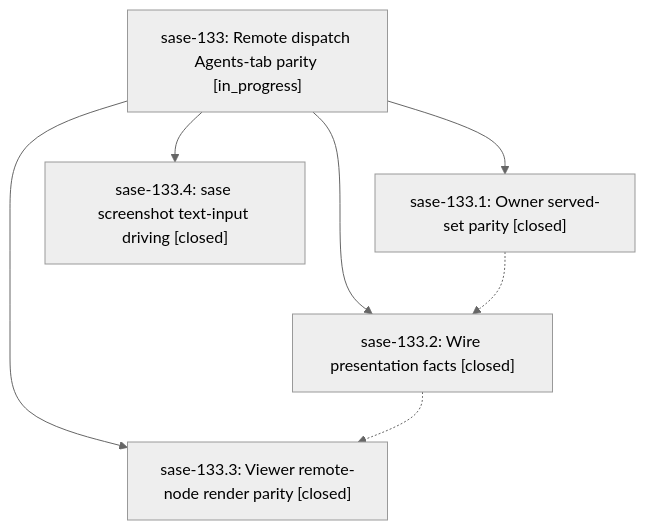
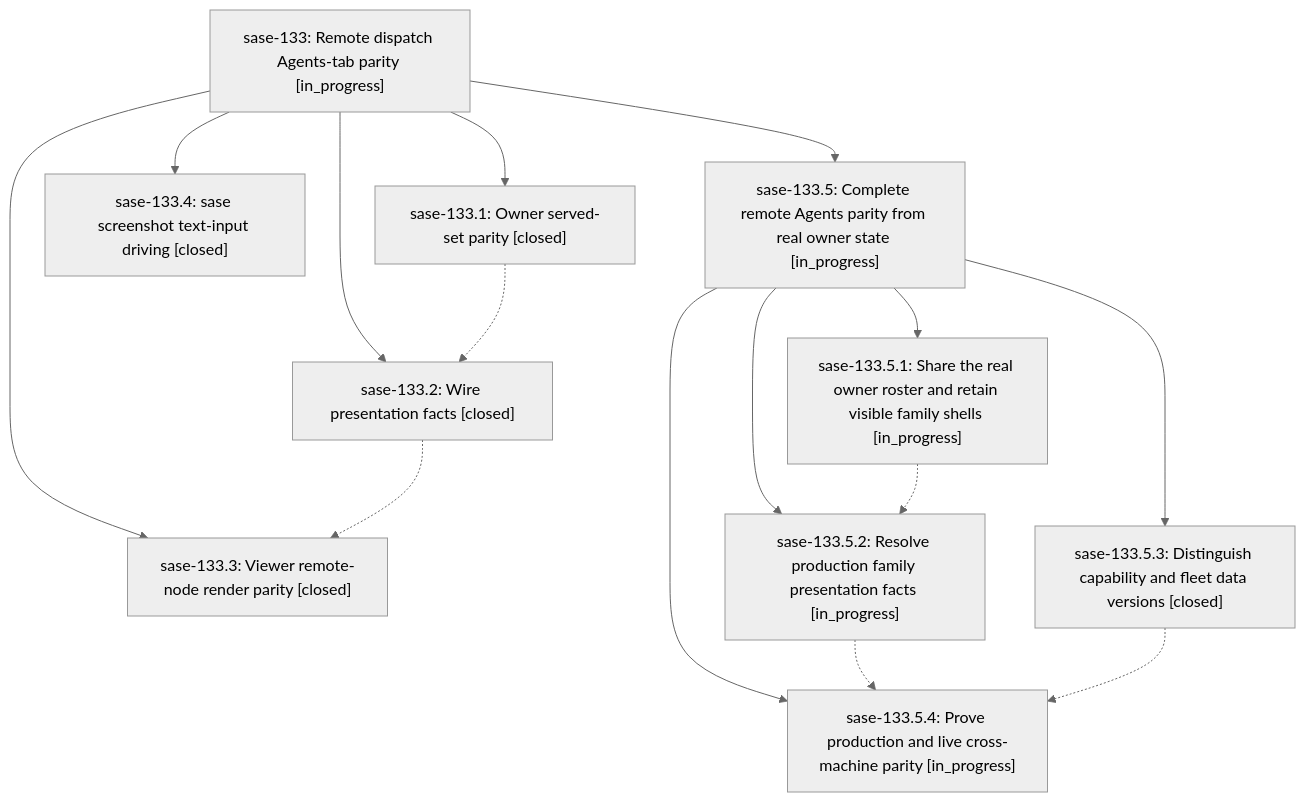
One commit to sase-org/sase--beads changed the diagram in pages/sase-133/README.md. Above: the diagram before and after it, drawn with Mermaid (neutral theme). The commit also changed other lines of this file and 5 other files, not shown here.

````diff
--- a/pages/sase-133/README.md
+++ b/pages/sase-133/README.md
@@ -37,14 +61,27 @@
 ```mermaid
 flowchart TD
     n0["sase-133: Remote dispatch Agents-tab parity [in_progress]"]
     n1["sase-133.1: Owner served-set parity [closed]"]
     n2["sase-133.2: Wire presentation facts [closed]"]
     n3["sase-133.3: Viewer remote-node render parity [closed]"]
     n4["sase-133.4: sase screenshot text-input driving [closed]"]
+    n5["sase-133.5: Complete remote Agents parity from real owner state [in_progress]"]
+    n6["sase-133.5.1: Share the real owner roster and retain visible family shells [in_progress]"]
+    n7["sase-133.5.2: Resolve production family presentation facts [in_progress]"]
+    n8["sase-133.5.3: Distinguish capability and fleet data versions [closed]"]
+    n9["sase-133.5.4: Prove production and live cross-machine parity [in_progress]"]
     n0 --> n1
     n0 --> n2
     n0 --> n3
     n0 --> n4
+    n0 --> n5
+    n5 --> n6
+    n5 --> n7
+    n5 --> n8
+    n5 --> n9
     n1 -.-> n2
     n2 -.-> n3
+    n6 -.-> n7
+    n7 -.-> n9
+    n8 -.-> n9
 ```
````
